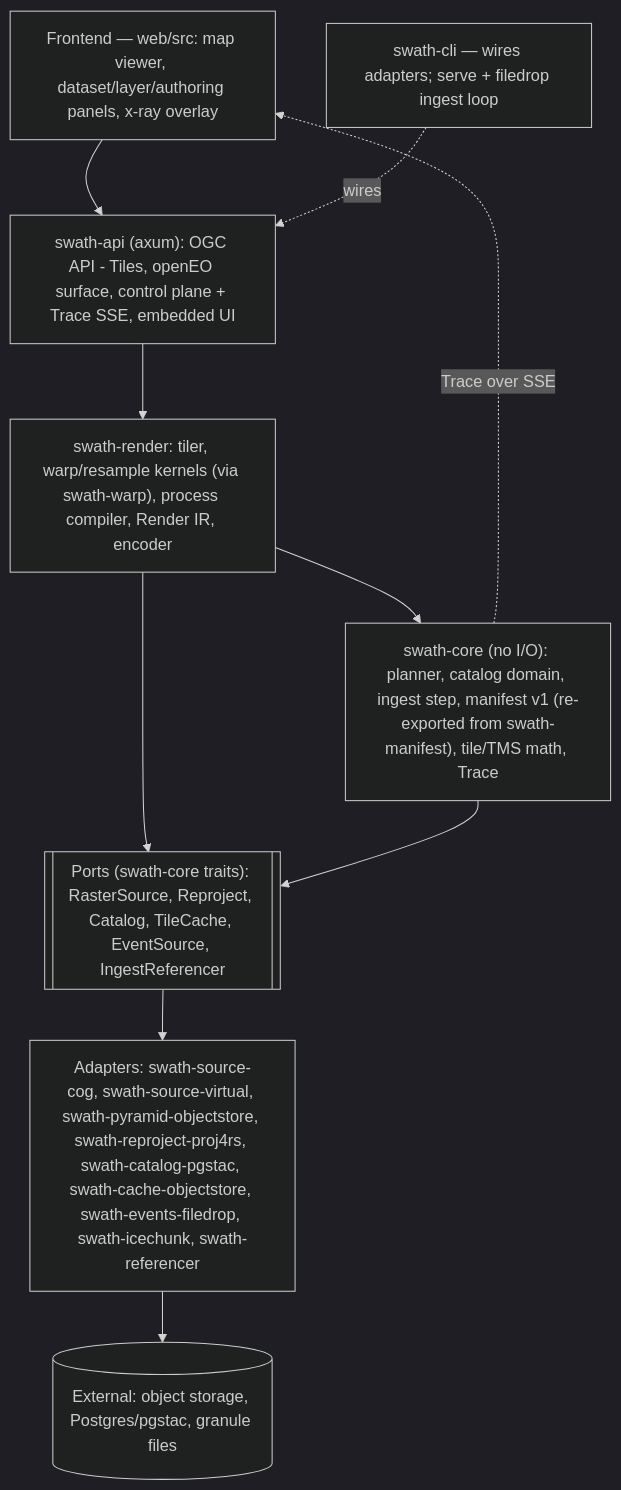
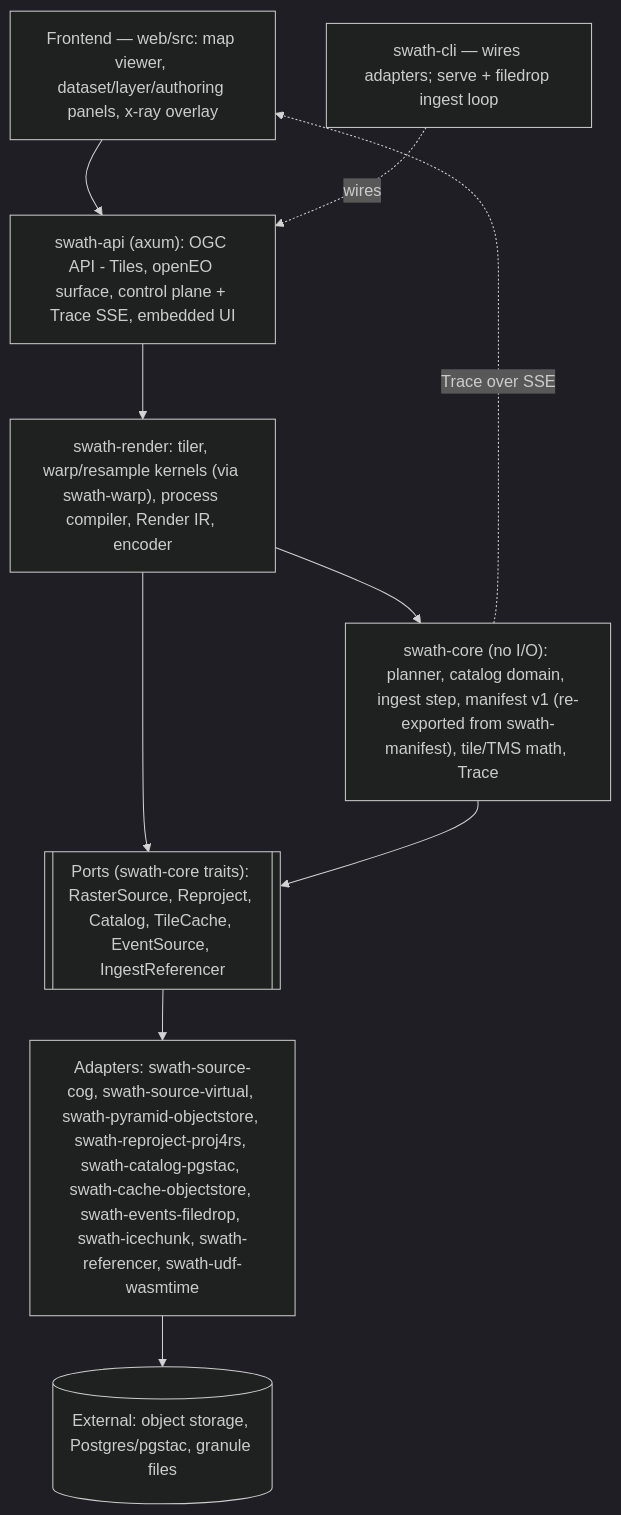
One commit to forgo/swath changed the diagram in docs/ARCHITECTURE.md. Above: the diagram before and after it, drawn with Mermaid (dark theme). The commit also changed other lines of this file and 8 other files, not shown here.

````diff
--- a/docs/ARCHITECTURE.md
+++ b/docs/ARCHITECTURE.md
@@ -44,17 +44,17 @@
 ```mermaid
 flowchart TB
   FE["Frontend — web/src: map viewer, dataset/layer/authoring panels, x-ray overlay"]
   IN["swath-api (axum): OGC API - Tiles, openEO surface, control plane + Trace SSE, embedded UI"]
   RENDER["swath-render: tiler, warp/resample kernels (via swath-warp), process compiler, Render IR, encoder"]
   CORE["swath-core (no I/O): planner, catalog domain, ingest step, manifest v1 (re-exported from swath-manifest), tile/TMS math, Trace"]
   PORTS[["Ports (swath-core traits): RasterSource, Reproject, Catalog, TileCache, EventSource, IngestReferencer"]]
-  ADS["Adapters: swath-source-cog, swath-source-virtual, swath-pyramid-objectstore, swath-reproject-proj4rs, swath-catalog-pgstac, swath-cache-objectstore, swath-events-filedrop, swath-icechunk, swath-referencer"]
+  ADS["Adapters: swath-source-cog, swath-source-virtual, swath-pyramid-objectstore, swath-reproject-proj4rs, swath-catalog-pgstac, swath-cache-objectstore, swath-events-filedrop, swath-icechunk, swath-referencer, swath-udf-wasmtime"]
   EXT[("External: object storage, Postgres/pgstac, granule files")]
   CLI["swath-cli — wires adapters; serve + filedrop ingest loop"]
 
   FE --> IN --> RENDER --> CORE
   RENDER --> PORTS
   CORE --> PORTS --> ADS --> EXT
   CLI -. wires .-> IN
   CORE -. Trace over SSE .-> FE
 ```
````
